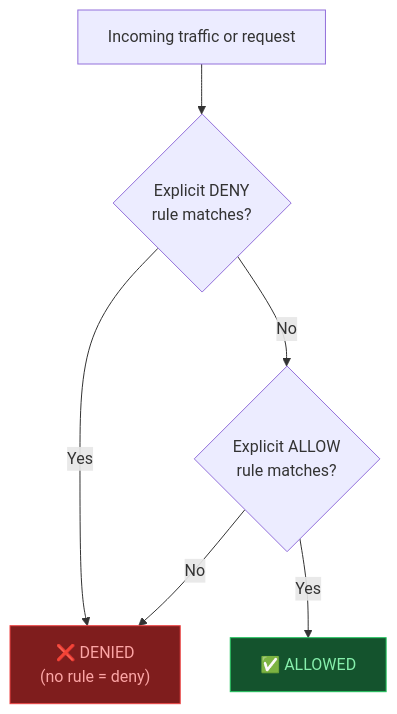
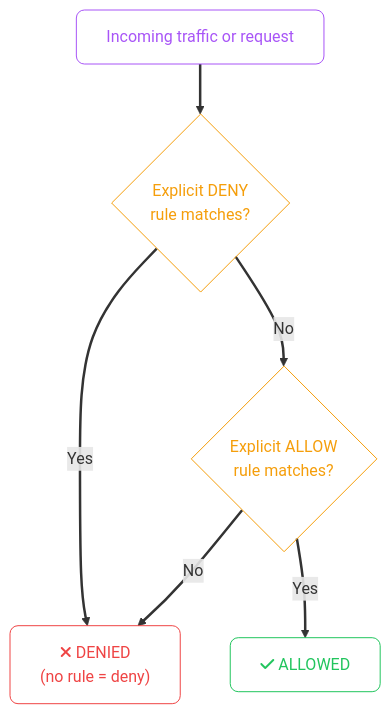
Before and after one commit to zafarale/cloudification: the fifth of 7 diagrams in src/content/cloud/common/security-foundations.mdx, drawn with Mermaid. The commit also changed other lines of this file and 84 other files, not shown here.

````diff
--- a/src/content/cloud/common/security-foundations.mdx
+++ b/src/content/cloud/common/security-foundations.mdx
@@ -167,17 +188,22 @@
 ```mermaid
 flowchart TD
-    Traffic["Incoming traffic or request"]
-    ExplicitDeny{"Explicit DENY\nrule matches?"}
-    ExplicitAllow{"Explicit ALLOW\nrule matches?"}
-    DefaultDeny["❌ DENIED\n(no rule = deny)"]
-    Allowed["✅ ALLOWED"]
+    accTitle: 4. Default-Deny Architecture
+    accDescr: Flowchart (td) showing Incoming traffic or request, Explicit DENY rule matches, Explicit ALLOW rule matches
+    classDef step fill:none,stroke:#a855f7,color:#a855f7,rx:8,ry:8
+    classDef ok   fill:none,stroke:#22c55e,color:#22c55e,rx:8,ry:8
+    classDef fail fill:none,stroke:#ef4444,color:#ef4444,rx:8,ry:8
+    classDef decesion fill:none,stroke:#f59e0b,color:#f59e0b,rx:8,ry:8
+    linkStyle default stroke-width:2.5px
+
+    Traffic["Incoming traffic or request"]:::step
+    ExplicitDeny{"Explicit DENY<br/>rule matches?"}:::decesion
+    ExplicitAllow{"Explicit ALLOW<br/>rule matches?"}:::decesion
+    DefaultDeny["fa:fa-xmark DENIED<br/>(no rule = deny)"]:::fail
+    Allowed["fa:fa-check ALLOWED"]:::ok
 
     Traffic --> ExplicitDeny
     ExplicitDeny -->|"Yes"| DefaultDeny
     ExplicitDeny -->|"No"| ExplicitAllow
     ExplicitAllow -->|"Yes"| Allowed
     ExplicitAllow -->|"No"| DefaultDeny
-
-    style DefaultDeny fill:#7f1d1d,stroke:#ef4444,color:#fca5a5
-    style Allowed fill:#14532d,stroke:#22c55e,color:#86efac
 ```
````
